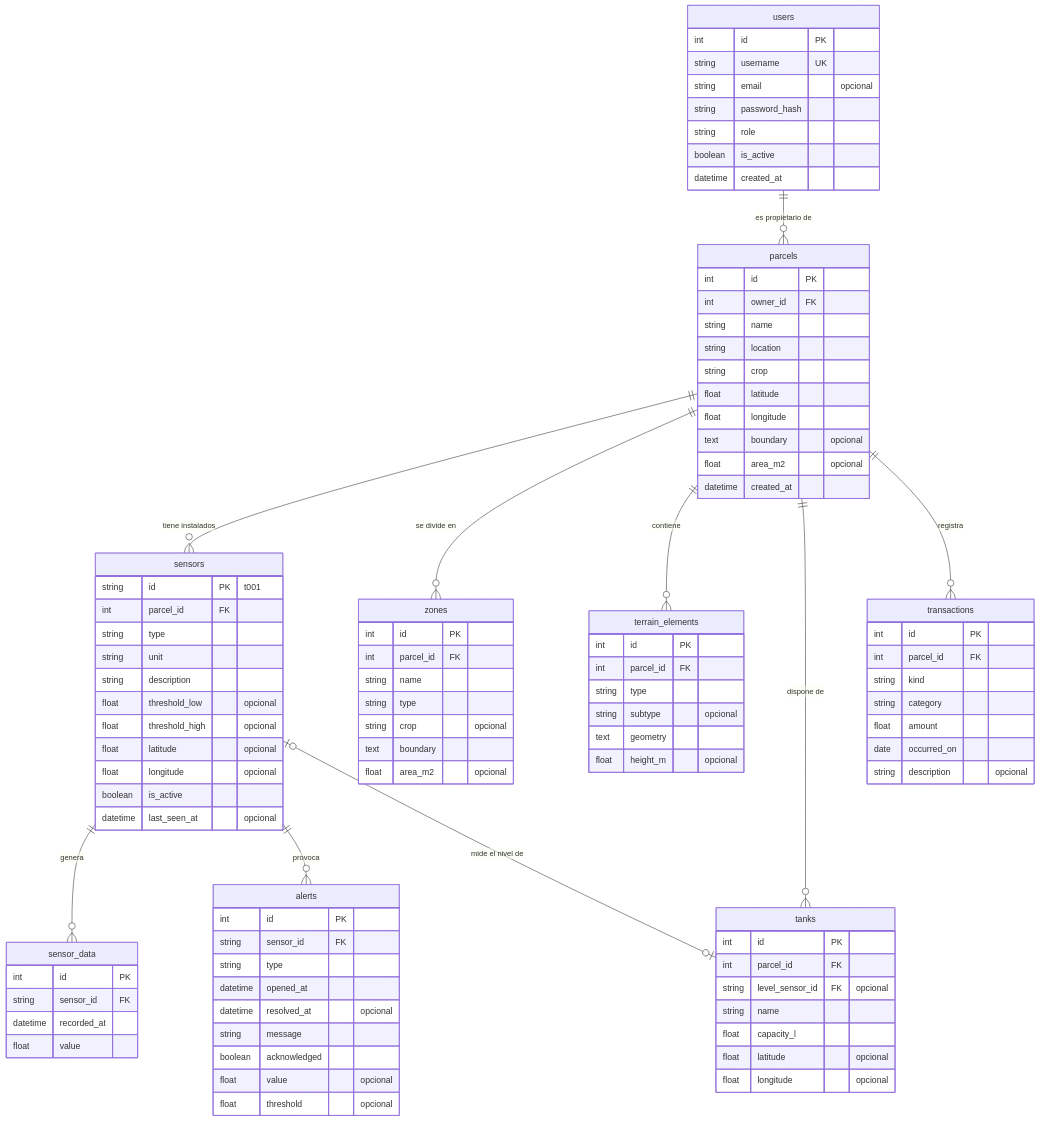
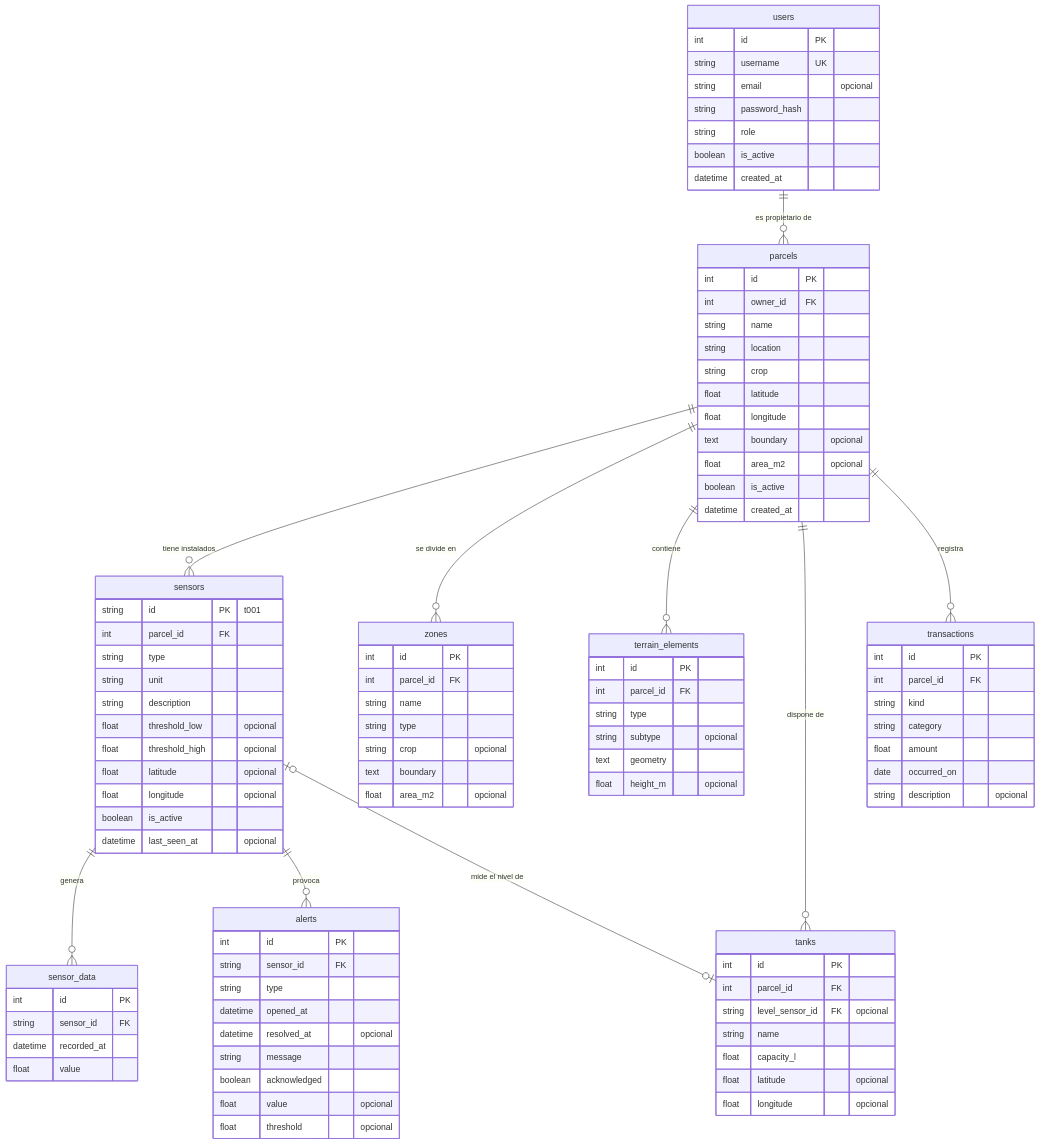
Before and after one commit to MarioHernandezDev/demeter: the diagram in docs/modelo-datos.md, drawn with Mermaid. The commit also changed other lines of this file, not shown here.

```diff
--- a/docs/modelo-datos.md
+++ b/docs/modelo-datos.md
@@ -78,6 +105,7 @@
         float longitude
         text boundary "opcional"
         float area_m2 "opcional"
+        boolean is_active
         datetime created_at
     }
 
```
